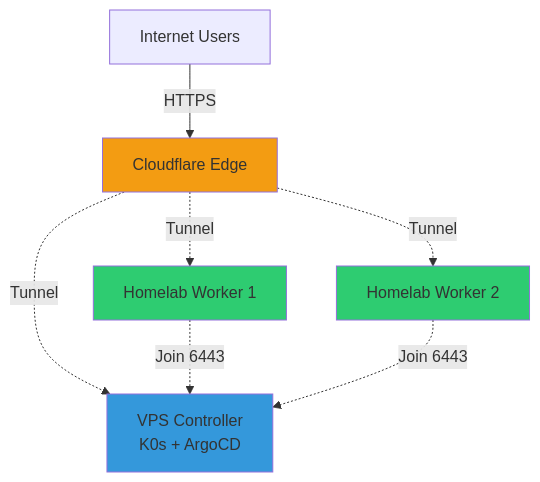
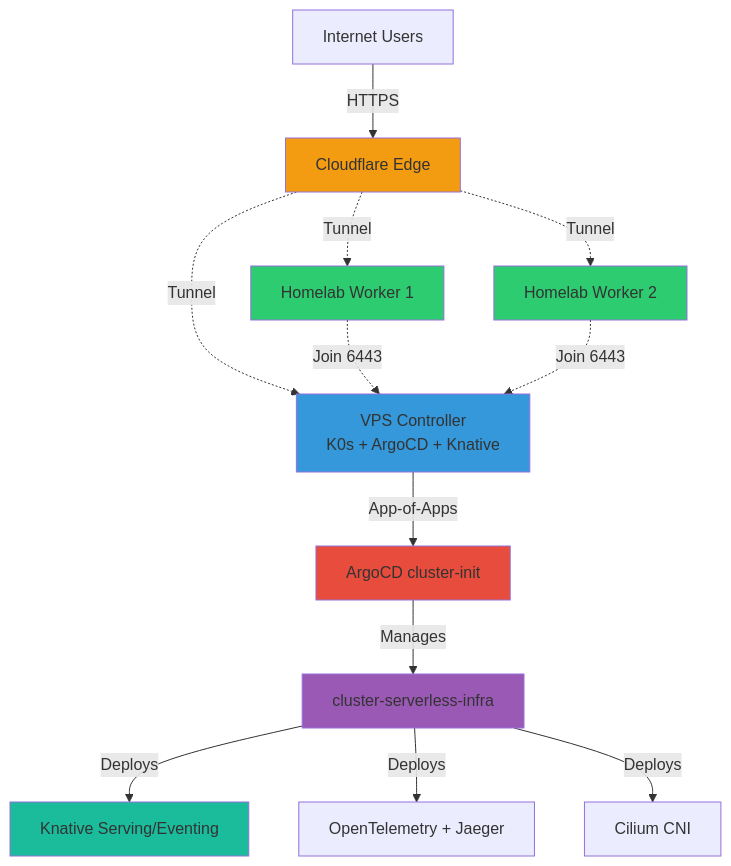
The diagram in README.md (BenedictusAryo/k0s-cluster-bootstrap), drawn with Mermaid before and after one commit. The commit also changed other lines of this file, not shown here.

Commit message:
docs: update README with App-of-Apps pattern, Knative Operator, and complete GitOps flow

````diff
--- a/README.md
+++ b/README.md
@@ -54,15 +59,24 @@
 ```mermaid
 graph TB
     Internet[Internet Users] -->|HTTPS| CF[Cloudflare Edge]
-    CF -.->|Tunnel| VPS[VPS Controller<br/>K0s + ArgoCD]
+    CF -.->|Tunnel| VPS[VPS Controller<br/>K0s + ArgoCD + Knative]
     CF -.->|Tunnel| HL1[Homelab Worker 1]
     CF -.->|Tunnel| HL2[Homelab Worker 2]
+    
+    VPS -->|App-of-Apps| ARGOCD[ArgoCD cluster-init]
+    ARGOCD -->|Manages| INFRA[cluster-serverless-infra]
+    INFRA -->|Deploys| KNATIVE[Knative Serving/Eventing]
+    INFRA -->|Deploys| OBS[OpenTelemetry + Jaeger]
+    INFRA -->|Deploys| CILIUM[Cilium CNI]
     
     HL1 -.->|Join 6443| VPS
     HL2 -.->|Join 6443| VPS
     
     style CF fill:#f39c12
     style VPS fill:#3498db
     style HL1 fill:#2ecc71
     style HL2 fill:#2ecc71
+    style ARGOCD fill:#e74c3c
+    style INFRA fill:#9b59b6
+    style KNATIVE fill:#1abc9c
 ```
````
